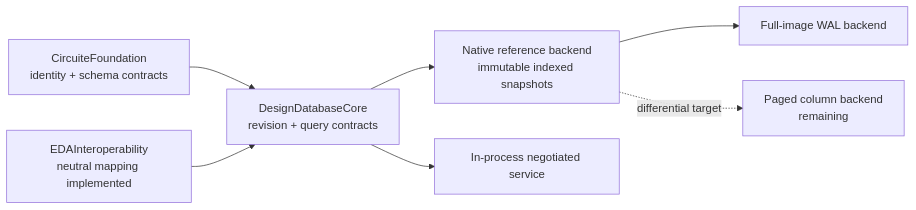
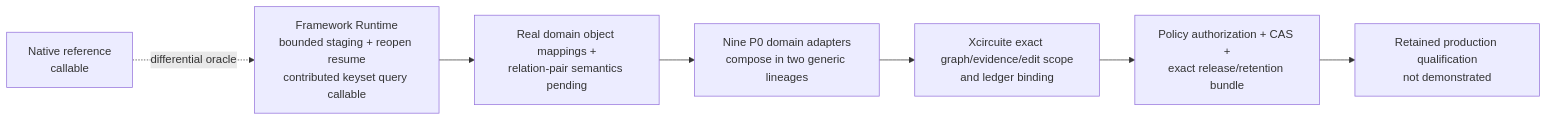
The diagram in GOAL_STATUS.md (1amageek/DesignDatabase), drawn with Mermaid before and after one commit. The commit also changed other lines of this file and 376 other files, not shown here.

Commit message:
Implement immutable design database runtime

````diff
--- a/GOAL_STATUS.md
+++ b/GOAL_STATUS.md
@@ -16,9 +33,9 @@
 ```mermaid
 flowchart LR
-  Foundation["CircuiteFoundation\nidentity + schema contracts"] --> Core["DesignDatabaseCore\nrevision + query contracts"]
-  Core --> Native["Native reference backend\nimmutable indexed snapshots"]
-  Native --> Persistence["Full-image WAL backend"]
-  Core --> Service["In-process negotiated service"]
-  Native -. differential target .-> Paged["Paged column backend\nremaining"]
-  OpenDB["EDAInteroperability\nneutral mapping implemented"] --> Core
+  Native["Native reference\ncallable"] -. differential oracle .-> Runtime["Framework Runtime\nbounded staging + reopen resume\ncontributed keyset query callable"]
+  Runtime --> Pages["Real domain object mappings +\nrelation-pair semantics pending"]
+  Pages --> Domain["Nine P0 domain adapters\ncompose in two generic lineages"]
+  Domain --> Workspace["Xcircuite exact graph/evidence/edit scope\nand ledger binding"]
+  Workspace --> Release["Policy authorization + CAS +\nexact release/retention bundle"]
+  Release --> Qualified["Retained production qualification\nnot demonstrated"]
 ```
````
